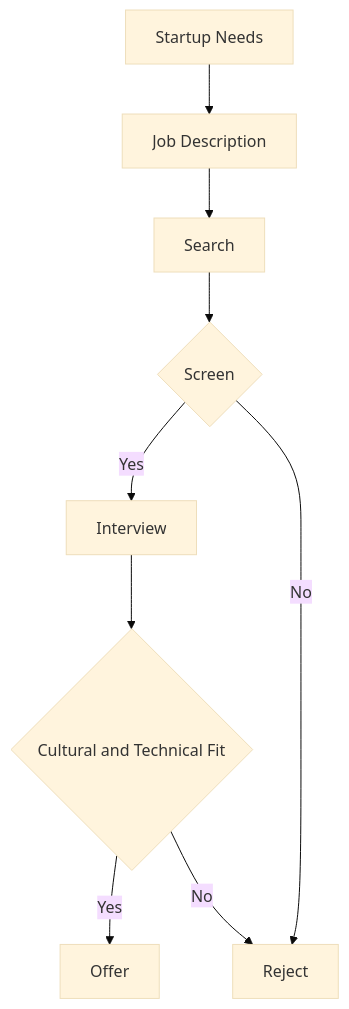
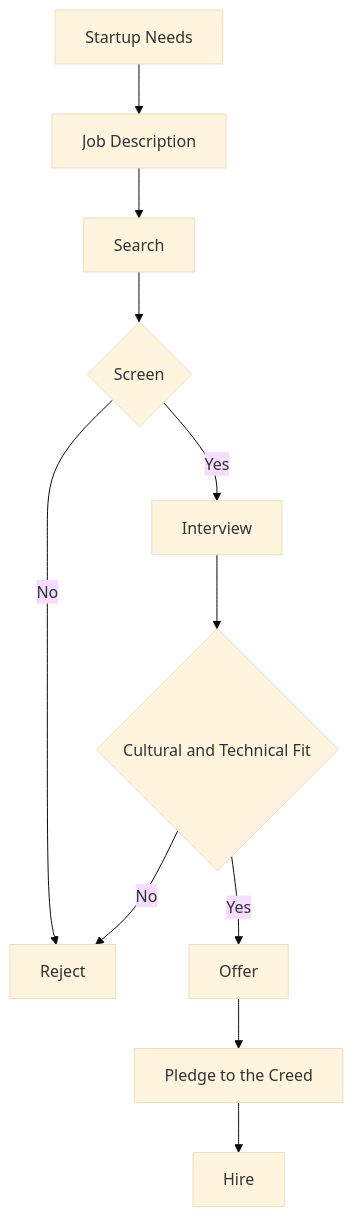
Before and after one commit to Nixtla/popol-vuh: the diagram in Hiring/Hiring Flow.md, drawn with Mermaid (base theme). The commit also changed other lines of this file and 3 other files, not shown here.

````diff
--- a/Hiring/Hiring Flow.md
+++ b/Hiring/Hiring Flow.md
@@ -4,11 +4,13 @@
 ```mermaid
 graph TD;
 A[Startup Needs] --> B[Job Description]
 B --> C[Search]
 C --> D{Screen}
 D --> |Yes| E[Interview]
 D --> |No| F[Reject]
 E --> G{Cultural and Technical Fit}
 G --> |Yes| H[Offer]
+H --> I[Pledge to the Creed]
+I --> J[Hire]
 G --> |No| F
 ```
````
